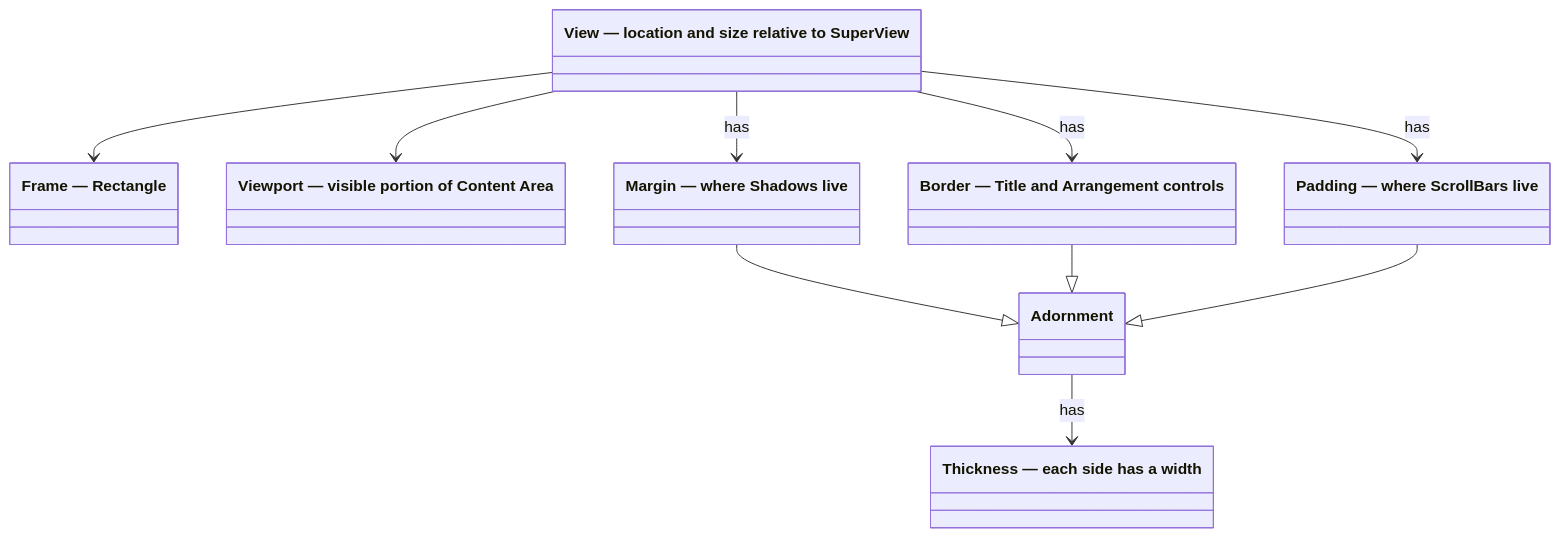
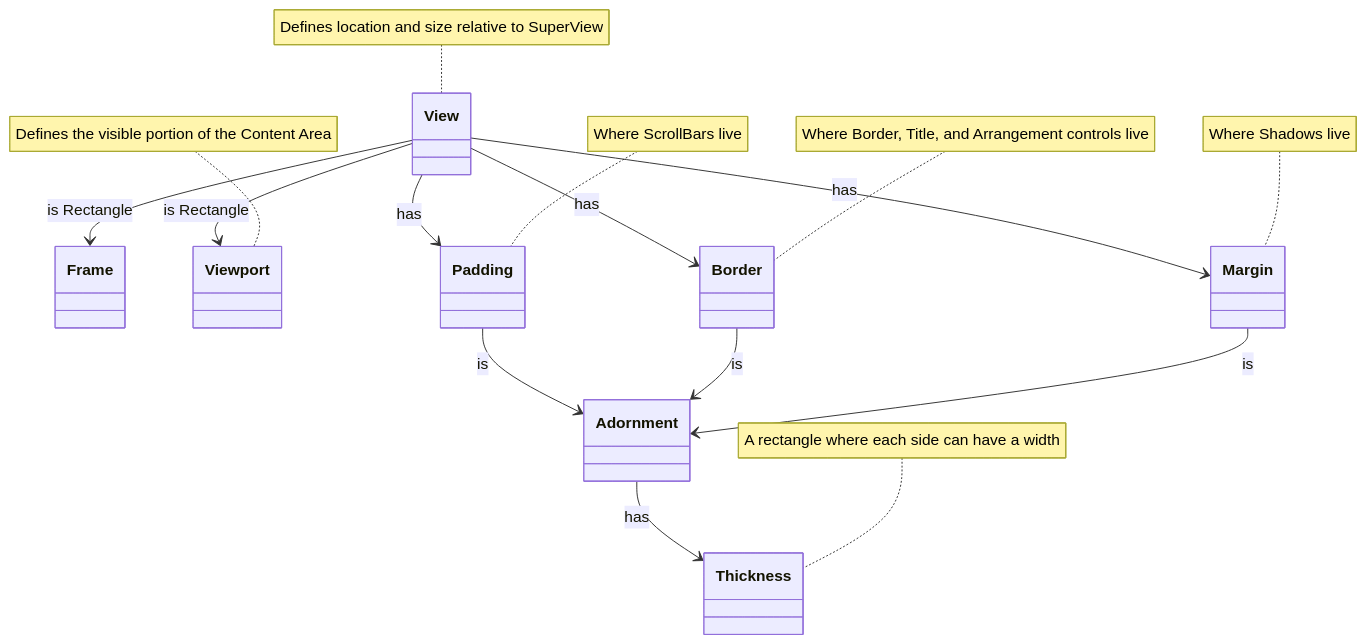
Before and after one commit to gui-cs/Terminal.Gui: the diagram in docfx/docs/layout.md, drawn with Mermaid. The commit also changed other lines of this file and 976 other files, not shown here.

````diff
--- a/docfx/docs/layout.md
+++ b/docfx/docs/layout.md
@@ -162,21 +107,34 @@
 ```mermaid
 classDiagram
-    class View ["View — location and size relative to SuperView"]
-    class Frame ["Frame — Rectangle"]
-    class Viewport ["Viewport — visible portion of Content Area"]
-    class Margin ["Margin — where Shadows live"]
-    class Border ["Border — Title and Arrangement controls"]
-    class Padding ["Padding — where ScrollBars live"]
-    class Adornment
-    class Thickness ["Thickness — each side has a width"]
+    class View {
+    }
 
-    View --> Frame
-    View --> Viewport
+    View --> Frame : is Rectangle
+    View --> Viewport : is Rectangle
+
+    class Border {
+    }
+
+    class Adornment {
+    }
+
+    class Thickness {
+    }
+
+
+    Margin --> Adornment : is
+    Border --> Adornment : is
+    Padding --> Adornment : is
+    Adornment --> Thickness : has
+
     View --> Margin : has
     View --> Border : has
     View --> Padding : has
-    Margin --|> Adornment
-    Border --|> Adornment
-    Padding --|> Adornment
-    Adornment --> Thickness : has
+
+    note for View "Defines location and size relative to SuperView"
+    note for Viewport "Defines the visible portion of the Content Area"
+    note for Margin "Where Shadows live"
+    note for Border "Where Border, Title, and Arrangement controls live"
+    note for Padding "Where ScrollBars live"
+    note for Thickness "A rectangle where each side can have a width"
 ```
````
